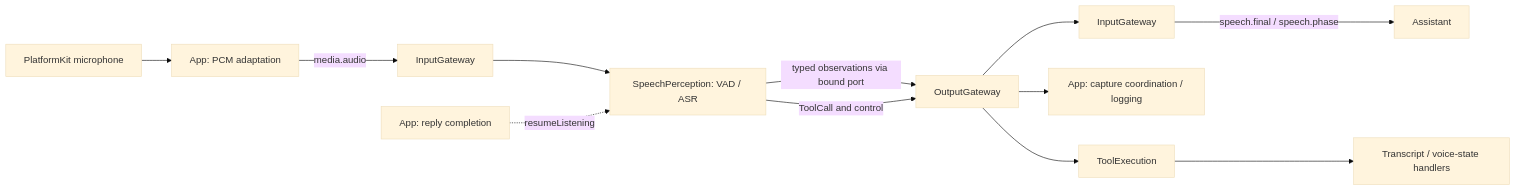
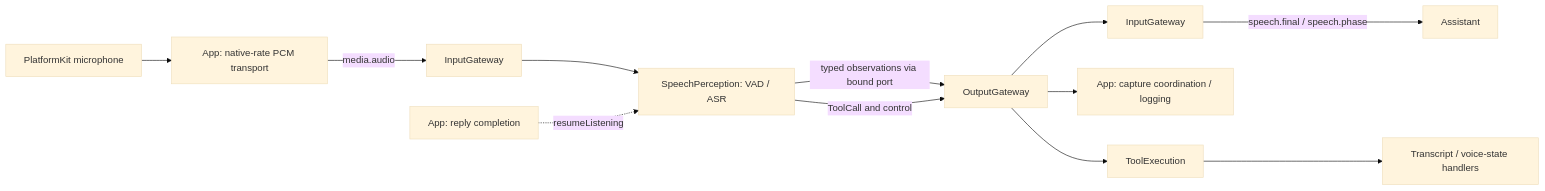
One commit to devilyouwei/MobileHarness changed the second of 3 diagrams in MobileHarness/Agents/SpeechPerception/README.md. Above: the diagram before and after it, drawn with Mermaid (base theme). The commit also changed other lines of this file and 100 other files, not shown here.

````diff
--- a/MobileHarness/Agents/SpeechPerception/README.md
+++ b/MobileHarness/Agents/SpeechPerception/README.md
@@ -57,14 +58,14 @@
 ```mermaid
 flowchart LR
-    Mic[PlatformKit microphone] --> Adapt[App: PCM adaptation]
+    Mic[PlatformKit microphone] --> Adapt[App: native-rate PCM transport]
     Adapt -->|media.audio| IG[InputGateway]
     IG --> S[SpeechPerception: VAD / ASR]
     S -->|typed observations via bound port| OG[OutputGateway]
     OG --> IG2[InputGateway]
     IG2 -->|speech.final / speech.phase| Assistant
     OG --> Observer[App: capture coordination / logging]
     S -->|ToolCall and control| OG
     OG --> AR[ToolExecution]
     AR --> UI[Transcript / voice-state handlers]
     App[App: reply completion] -.->|resumeListening| S
 ```
````
